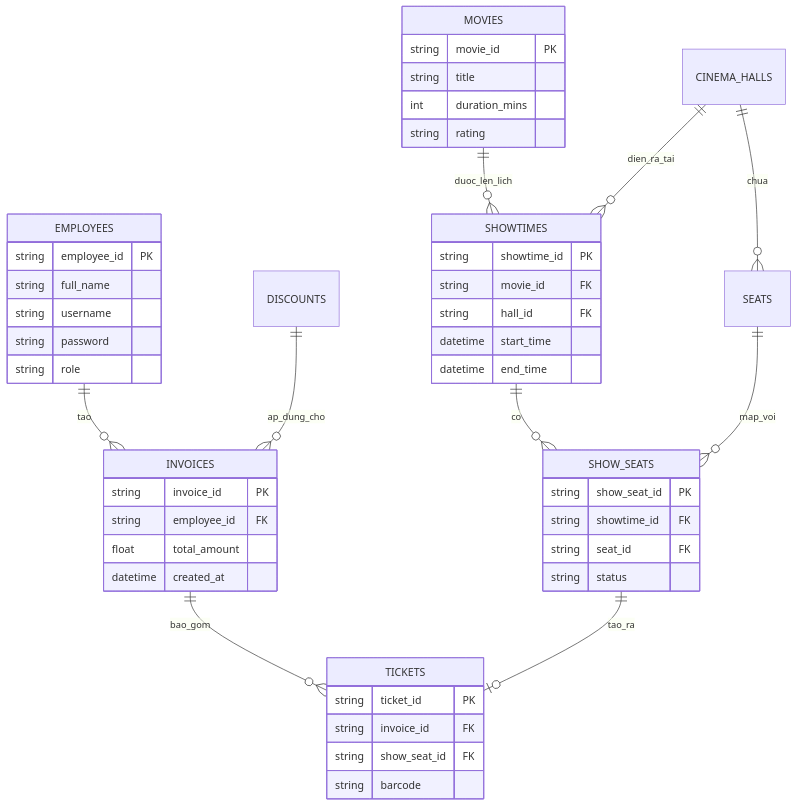
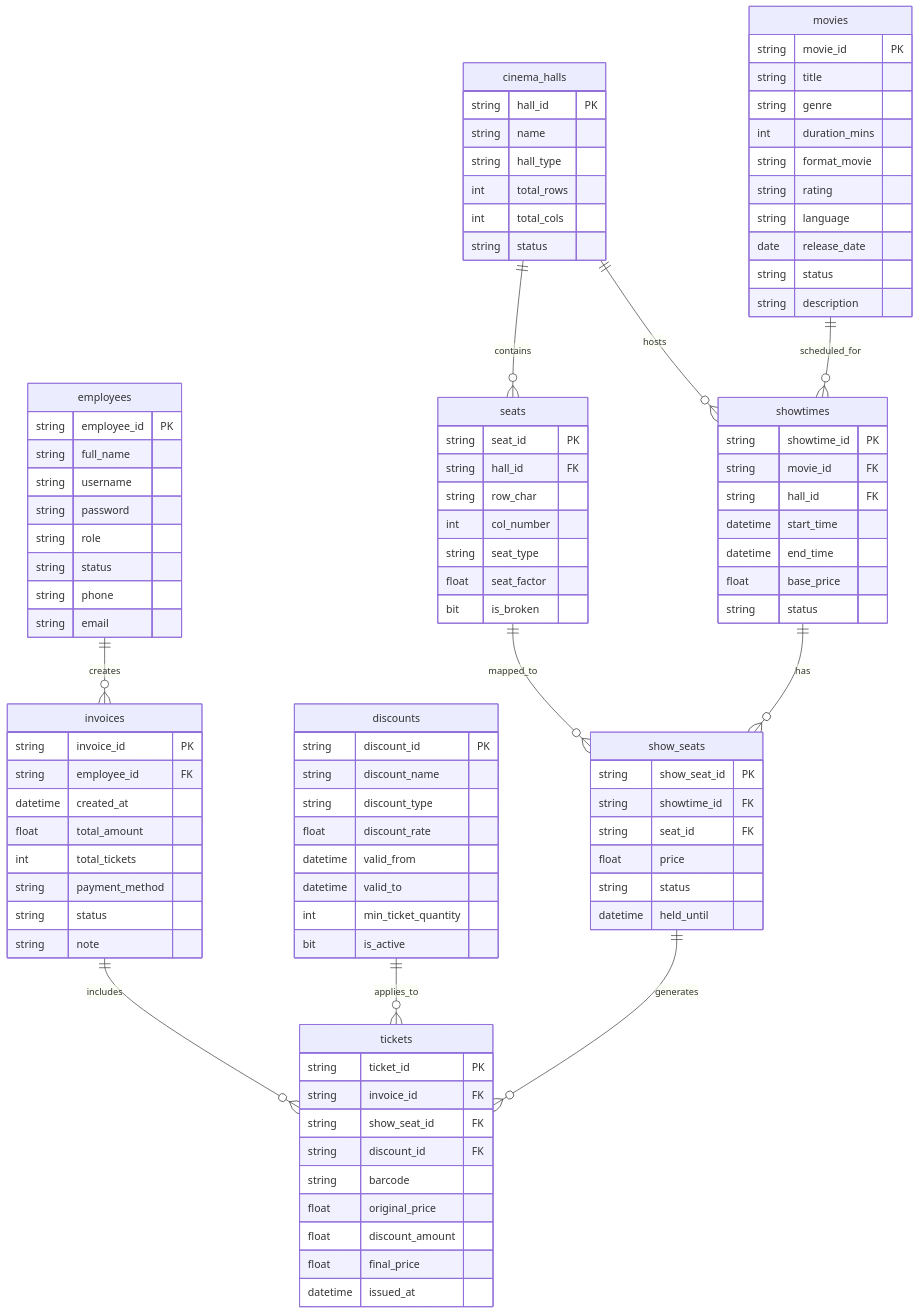
The second of 2 diagrams in non-relevant/02_System_Analysis_And_Design.md (vtgh04/RapPhim), drawn with Mermaid before and after one commit. The commit also changed other lines of this file, not shown here.

````diff
--- a/non-relevant/02_System_Analysis_And_Design.md
+++ b/non-relevant/02_System_Analysis_And_Design.md
@@ -54,51 +54,100 @@
 ```mermaid
 erDiagram
-    EMPLOYEES ||--o{ INVOICES : tao
-    MOVIES ||--o{ SHOWTIMES : duoc_len_lich
-    CINEMA_HALLS ||--o{ SHOWTIMES : dien_ra_tai
-    CINEMA_HALLS ||--o{ SEATS : chua
-    SHOWTIMES ||--o{ SHOW_SEATS : co
-    SEATS ||--o{ SHOW_SEATS : map_voi
-    INVOICES ||--o{ TICKETS : bao_gom
-    SHOW_SEATS ||--o| TICKETS : tao_ra
-    DISCOUNTS ||--o{ INVOICES : ap_dung_cho
+    employees ||--o{ invoices : creates
+    invoices ||--o{ tickets : includes
+    discounts ||--o{ tickets : applies_to
+    show_seats ||--o{ tickets : generates
+    showtimes ||--o{ show_seats : has
+    seats ||--o{ show_seats : mapped_to
+    cinema_halls ||--o{ seats : contains
+    cinema_halls ||--o{ showtimes : hosts
+    movies ||--o{ showtimes : scheduled_for
 
-    EMPLOYEES {
+    employees {
         string employee_id PK
         string full_name
         string username
         string password
         string role
+        string status
+        string phone
+        string email
     }
-    MOVIES {
-        string movie_id PK
-        string title
-        int duration_mins
-        string rating
+    invoices {
+        string invoice_id PK
+        string employee_id FK
+        datetime created_at
+        float total_amount
+        int total_tickets
+        string payment_method
+        string status
+        string note
     }
-    SHOWTIMES {
+    tickets {
+        string ticket_id PK
+        string invoice_id FK
+        string show_seat_id FK
+        string discount_id FK
+        string barcode
+        float original_price
+        float discount_amount
+        float final_price
+        datetime issued_at
+    }
+    discounts {
+        string discount_id PK
+        string discount_name
+        string discount_type
+        float discount_rate
+        datetime valid_from
+        datetime valid_to
+        int min_ticket_quantity
+        bit is_active
+    }
+    show_seats {
+        string show_seat_id PK
+        string showtime_id FK
+        string seat_id FK
+        float price
+        string status
+        datetime held_until
+    }
+    showtimes {
         string showtime_id PK
         string movie_id FK
         string hall_id FK
         datetime start_time
         datetime end_time
-    }
-    SHOW_SEATS {
-        string show_seat_id PK
-        string showtime_id FK
-        string seat_id FK
+        float base_price
         string status
     }
-    INVOICES {
-        string invoice_id PK
-        string employee_id FK
-        float total_amount
-        datetime created_at
+    movies {
+        string movie_id PK
+        string title
+        string genre
+        int duration_mins
+        string format_movie
+        string rating
+        string language
+        date release_date
+        string status
+        string description
     }
-    TICKETS {
-        string ticket_id PK
-        string invoice_id FK
-        string show_seat_id FK
-        string barcode
+    cinema_halls {
+        string hall_id PK
+        string name
+        string hall_type
+        int total_rows
+        int total_cols
+        string status
+    }
+    seats {
+        string seat_id PK
+        string hall_id FK
+        string row_char
+        int col_number
+        string seat_type
+        float seat_factor
+        bit is_broken
     }
 ```
````
